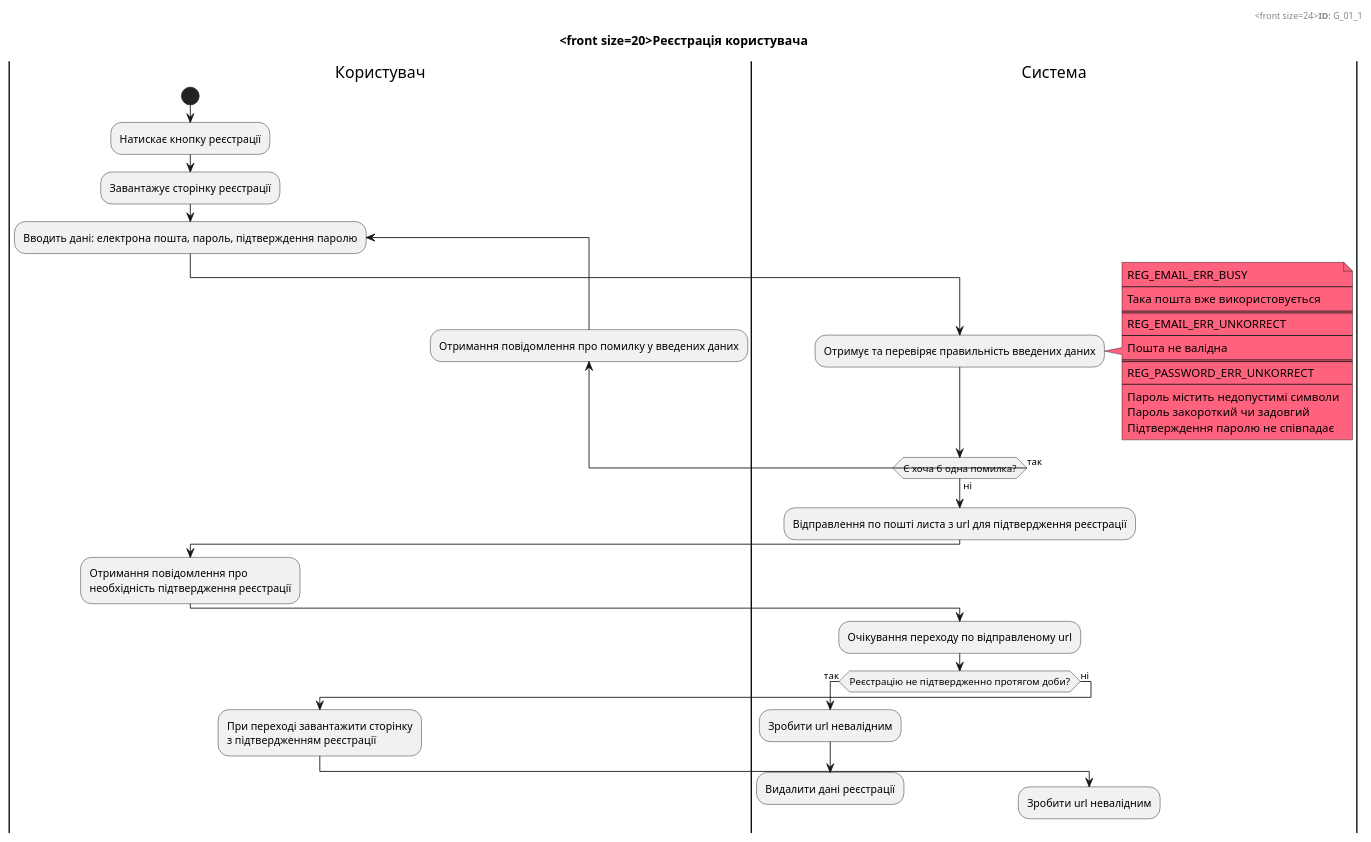
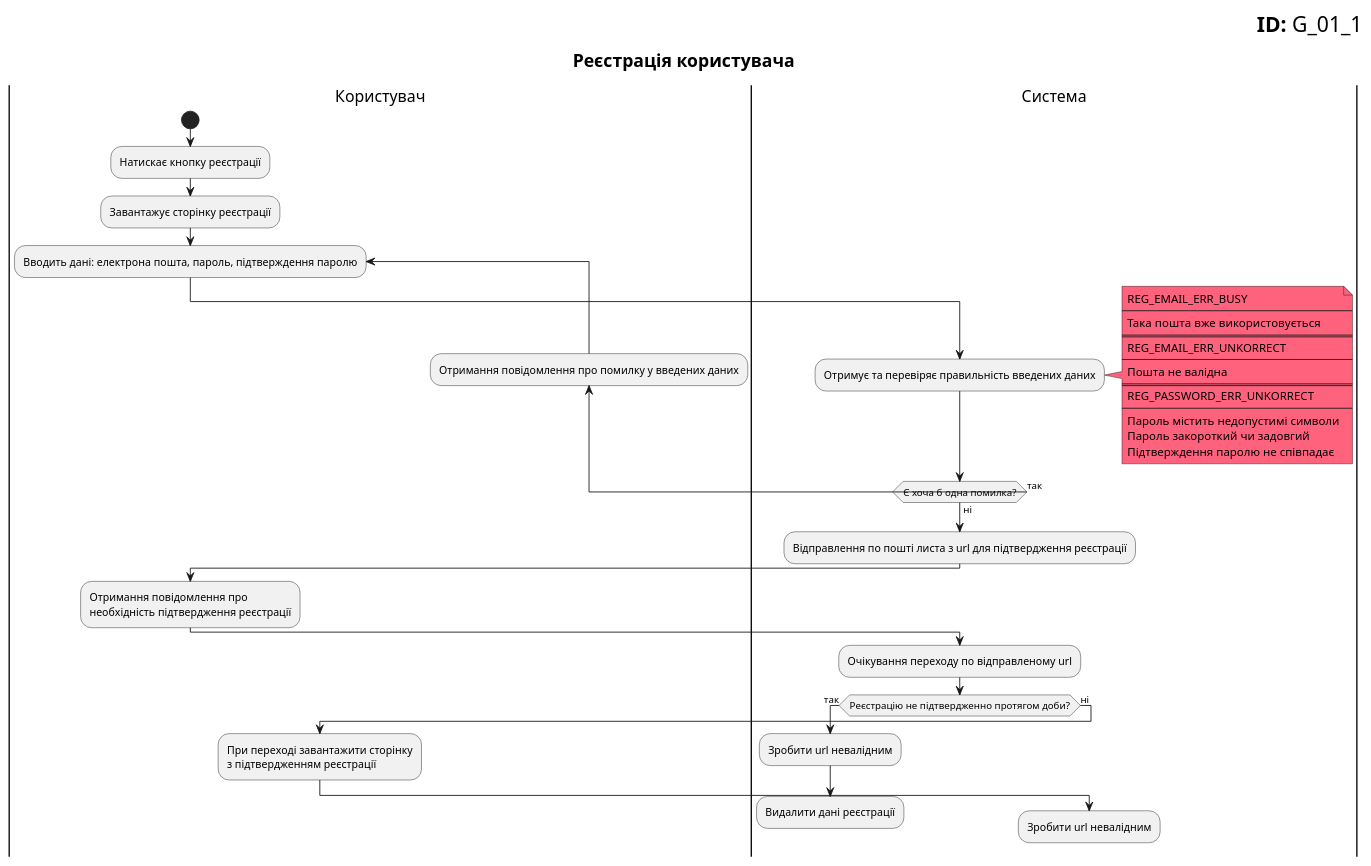
Before and after one commit to kkatkot/Theme2: the ninth of 15 diagrams in docs/use cases/README.md, drawn with PlantUML. The commit also changed other lines of this file, not shown here.

```diff
--- a/docs/use cases/README.md
+++ b/docs/use cases/README.md
@@ -456,60 +456,60 @@
 @startuml
 
     right header
-        <front size=24><b>ID:</b> G_01_1
+        <font size=24 color=black><b>ID:</b> G_01_1
     end header
 
     title
-        <front size=20>Реєстрація користувача
+        <font size=20>Реєстрація користувача
     end title
 
     |Користувач|
     start
     :Натискає кнопку реєстрації;
     :Завантажує сторінку реєстрації;
 
     repeat :Вводить дані: електрона пошта, пароль, підтверждення паролю;
     
         |Система|
         :Отримує та перевіряє правильність введених даних;
         note right #ff627d
             REG_EMAIL_ERR_BUSY
             ----
             Така пошта вже використовується
             ====
             REG_EMAIL_ERR_UNKORRECT
             ----
             Пошта не валідна
             ====
             REG_PASSWORD_ERR_UNKORRECT
             ----
             Пароль містить недопустимі символи
             Пароль закороткий чи задовгий
             Підтверждення паролю не співпадає
         end note
         
         |Користувач|
         backward :Отримання повідомлення про помилку у введених даних;
     
     |Система|
     repeat while (Є хоча б одна помилка?) is (так) not (ні)
     :Відправлення по пошті листа з url для підтвердження реєстрації;
 
     |Користувач|
     :Отримання повідомлення про\nнеобхідність підтвердження реєстрації;
 
     |Система|
     :Очікування переходу по відправленому url;
     
     if (Реєстрацію не підтвердженно протягом доби?) then (так)
         :Зробити url невалідним;
         :Видалити дані реєстрації;
         kill
     else (ні)
         |Користувач|
         :При переході завантажити сторінку\nз підтвердженням реєстрації;
         |Система|
         :Зробити url невалідним;
         kill
 
 @enduml
```
